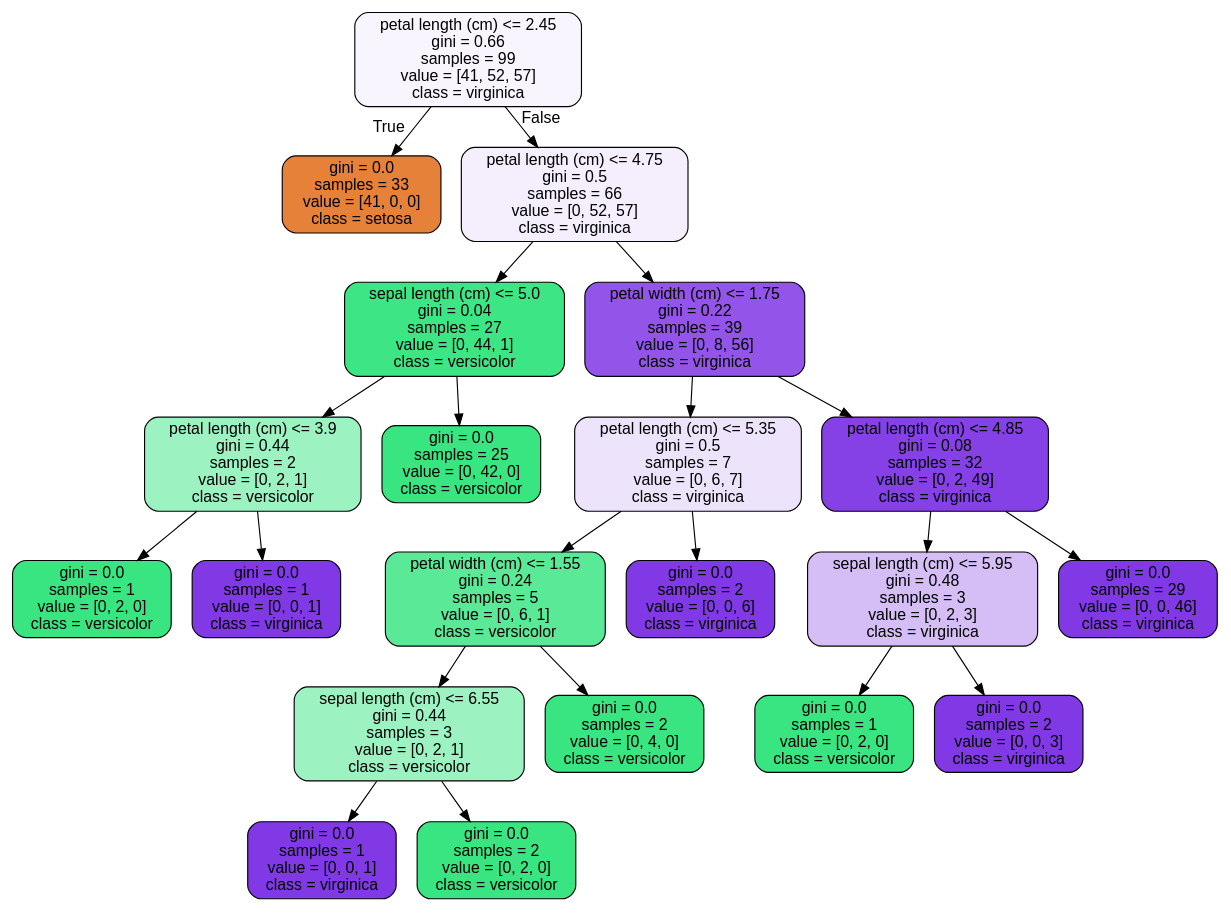
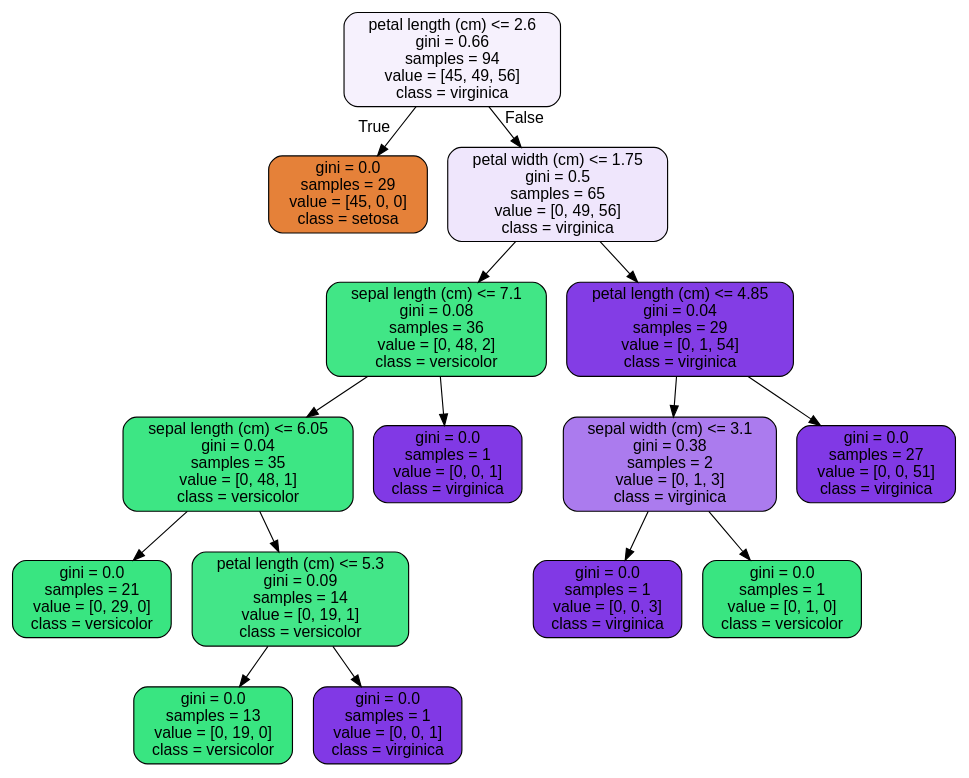
Before and after one commit to tpoozhikala/Springboard: the diagram in RandomForest_Covid_Case_Study_06302020/tree.dot, drawn with Graphviz. The commit also changed 211 other files, not shown here.

Commit message:
Added GraphViz and through assistance from ChatGPT added visual for Decision Tree Breakdown

```diff
--- a/RandomForest_Covid_Case_Study_06302020/tree.dot
+++ b/RandomForest_Covid_Case_Study_06302020/tree.dot
@@ -1,45 +1,33 @@
 digraph Tree {
 node [shape=box, style="filled, rounded", color="black", fontname="helvetica"] ;
 edge [fontname="helvetica"] ;
-0 [label="petal length (cm) <= 2.45\ngini = 0.66\nsamples = 99\nvalue = [41, 52, 57]\nclass = virginica", fillcolor="#f9f5fe"] ;
-1 [label="gini = 0.0\nsamples = 33\nvalue = [41, 0, 0]\nclass = setosa", fillcolor="#e58139"] ;
+0 [label="petal length (cm) <= 2.6\ngini = 0.66\nsamples = 94\nvalue = [45, 49, 56]\nclass = virginica", fillcolor="#f6f1fd"] ;
+1 [label="gini = 0.0\nsamples = 29\nvalue = [45, 0, 0]\nclass = setosa", fillcolor="#e58139"] ;
 0 -> 1 [labeldistance=2.5, labelangle=45, headlabel="True"] ;
-2 [label="petal length (cm) <= 4.75\ngini = 0.5\nsamples = 66\nvalue = [0, 52, 57]\nclass = virginica", fillcolor="#f4eefd"] ;
+2 [label="petal width (cm) <= 1.75\ngini = 0.5\nsamples = 65\nvalue = [0, 49, 56]\nclass = virginica", fillcolor="#efe6fc"] ;
 0 -> 2 [labeldistance=2.5, labelangle=-45, headlabel="False"] ;
-3 [label="sepal length (cm) <= 5.0\ngini = 0.04\nsamples = 27\nvalue = [0, 44, 1]\nclass = versicolor", fillcolor="#3de684"] ;
+3 [label="sepal length (cm) <= 7.1\ngini = 0.08\nsamples = 36\nvalue = [0, 48, 2]\nclass = versicolor", fillcolor="#41e686"] ;
 2 -> 3 ;
-4 [label="petal length (cm) <= 3.9\ngini = 0.44\nsamples = 2\nvalue = [0, 2, 1]\nclass = versicolor", fillcolor="#9cf2c0"] ;
+4 [label="sepal length (cm) <= 6.05\ngini = 0.04\nsamples = 35\nvalue = [0, 48, 1]\nclass = versicolor", fillcolor="#3de684"] ;
 3 -> 4 ;
-5 [label="gini = 0.0\nsamples = 1\nvalue = [0, 2, 0]\nclass = versicolor", fillcolor="#39e581"] ;
+5 [label="gini = 0.0\nsamples = 21\nvalue = [0, 29, 0]\nclass = versicolor", fillcolor="#39e581"] ;
 4 -> 5 ;
-6 [label="gini = 0.0\nsamples = 1\nvalue = [0, 0, 1]\nclass = virginica", fillcolor="#8139e5"] ;
+6 [label="petal length (cm) <= 5.3\ngini = 0.09\nsamples = 14\nvalue = [0, 19, 1]\nclass = versicolor", fillcolor="#43e688"] ;
 4 -> 6 ;
-7 [label="gini = 0.0\nsamples = 25\nvalue = [0, 42, 0]\nclass = versicolor", fillcolor="#39e581"] ;
-3 -> 7 ;
-8 [label="petal width (cm) <= 1.75\ngini = 0.22\nsamples = 39\nvalue = [0, 8, 56]\nclass = virginica", fillcolor="#9355e9"] ;
-2 -> 8 ;
-9 [label="petal length (cm) <= 5.35\ngini = 0.5\nsamples = 7\nvalue = [0, 6, 7]\nclass = virginica", fillcolor="#ede3fb"] ;
-8 -> 9 ;
-10 [label="petal width (cm) <= 1.55\ngini = 0.24\nsamples = 5\nvalue = [0, 6, 1]\nclass = versicolor", fillcolor="#5ae996"] ;
-9 -> 10 ;
-11 [label="sepal length (cm) <= 6.55\ngini = 0.44\nsamples = 3\nvalue = [0, 2, 1]\nclass = versicolor", fillcolor="#9cf2c0"] ;
+7 [label="gini = 0.0\nsamples = 13\nvalue = [0, 19, 0]\nclass = versicolor", fillcolor="#39e581"] ;
+6 -> 7 ;
+8 [label="gini = 0.0\nsamples = 1\nvalue = [0, 0, 1]\nclass = virginica", fillcolor="#8139e5"] ;
+6 -> 8 ;
+9 [label="gini = 0.0\nsamples = 1\nvalue = [0, 0, 1]\nclass = virginica", fillcolor="#8139e5"] ;
+3 -> 9 ;
+10 [label="petal length (cm) <= 4.85\ngini = 0.04\nsamples = 29\nvalue = [0, 1, 54]\nclass = virginica", fillcolor="#833de5"] ;
+2 -> 10 ;
+11 [label="sepal width (cm) <= 3.1\ngini = 0.38\nsamples = 2\nvalue = [0, 1, 3]\nclass = virginica", fillcolor="#ab7bee"] ;
 10 -> 11 ;
-12 [label="gini = 0.0\nsamples = 1\nvalue = [0, 0, 1]\nclass = virginica", fillcolor="#8139e5"] ;
+12 [label="gini = 0.0\nsamples = 1\nvalue = [0, 0, 3]\nclass = virginica", fillcolor="#8139e5"] ;
 11 -> 12 ;
-13 [label="gini = 0.0\nsamples = 2\nvalue = [0, 2, 0]\nclass = versicolor", fillcolor="#39e581"] ;
+13 [label="gini = 0.0\nsamples = 1\nvalue = [0, 1, 0]\nclass = versicolor", fillcolor="#39e581"] ;
 11 -> 13 ;
-14 [label="gini = 0.0\nsamples = 2\nvalue = [0, 4, 0]\nclass = versicolor", fillcolor="#39e581"] ;
+14 [label="gini = 0.0\nsamples = 27\nvalue = [0, 0, 51]\nclass = virginica", fillcolor="#8139e5"] ;
 10 -> 14 ;
-15 [label="gini = 0.0\nsamples = 2\nvalue = [0, 0, 6]\nclass = virginica", fillcolor="#8139e5"] ;
-9 -> 15 ;
-16 [label="petal length (cm) <= 4.85\ngini = 0.08\nsamples = 32\nvalue = [0, 2, 49]\nclass = virginica", fillcolor="#8641e6"] ;
-8 -> 16 ;
-17 [label="sepal length (cm) <= 5.95\ngini = 0.48\nsamples = 3\nvalue = [0, 2, 3]\nclass = virginica", fillcolor="#d5bdf6"] ;
-16 -> 17 ;
-18 [label="gini = 0.0\nsamples = 1\nvalue = [0, 2, 0]\nclass = versicolor", fillcolor="#39e581"] ;
-17 -> 18 ;
-19 [label="gini = 0.0\nsamples = 2\nvalue = [0, 0, 3]\nclass = virginica", fillcolor="#8139e5"] ;
-17 -> 19 ;
-20 [label="gini = 0.0\nsamples = 29\nvalue = [0, 0, 46]\nclass = virginica", fillcolor="#8139e5"] ;
-16 -> 20 ;
 }
```
